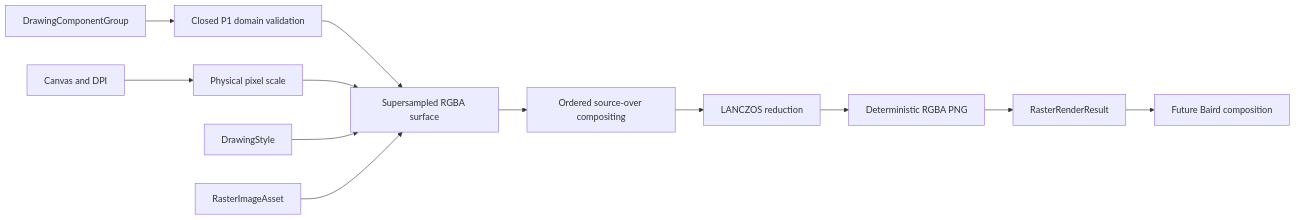
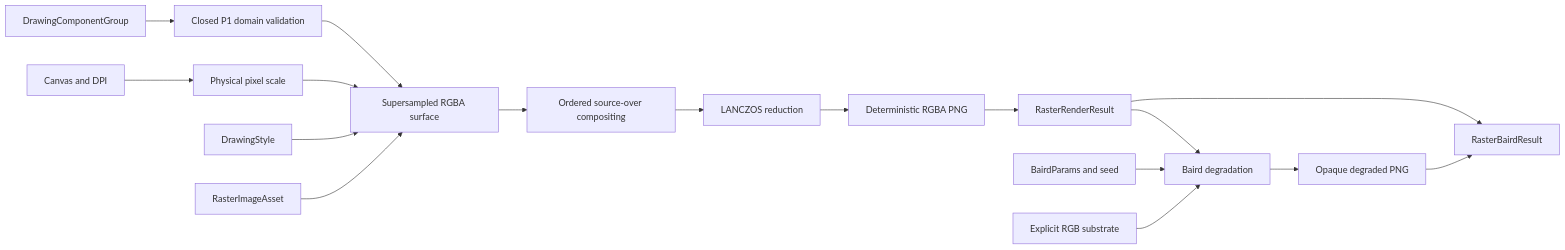
Before and after one commit to cmill32405/InkGen: the diagram in docs/diagrams/raster-renderer.mmd, drawn with Mermaid. The commit also changed 13 other files, not shown here.

Commit message:
Add renderer-to-Baird composition

```diff
--- a/docs/diagrams/raster-renderer.mmd
+++ b/docs/diagrams/raster-renderer.mmd
@@ -1,12 +1,17 @@
 flowchart LR
     Group[DrawingComponentGroup] --> Validate[Closed P1 domain validation]
     Canvas[Canvas and DPI] --> Scale[Physical pixel scale]
     Validate --> Surface[Supersampled RGBA surface]
     Scale --> Surface
     Style[DrawingStyle] --> Surface
     Assets[RasterImageAsset] --> Surface
     Surface --> Composite[Ordered source-over compositing]
     Composite --> Reduce[LANCZOS reduction]
     Reduce --> PNG[Deterministic RGBA PNG]
     PNG --> Result[RasterRenderResult]
-    Result --> Future[Future Baird composition]
+    Result --> Pair[RasterBairdResult]
+    Result --> Baird[Baird degradation]
+    Params[BairdParams and seed] --> Baird
+    Substrate[Explicit RGB substrate] --> Baird
+    Baird --> Scan[Opaque degraded PNG]
+    Scan --> Pair
```
